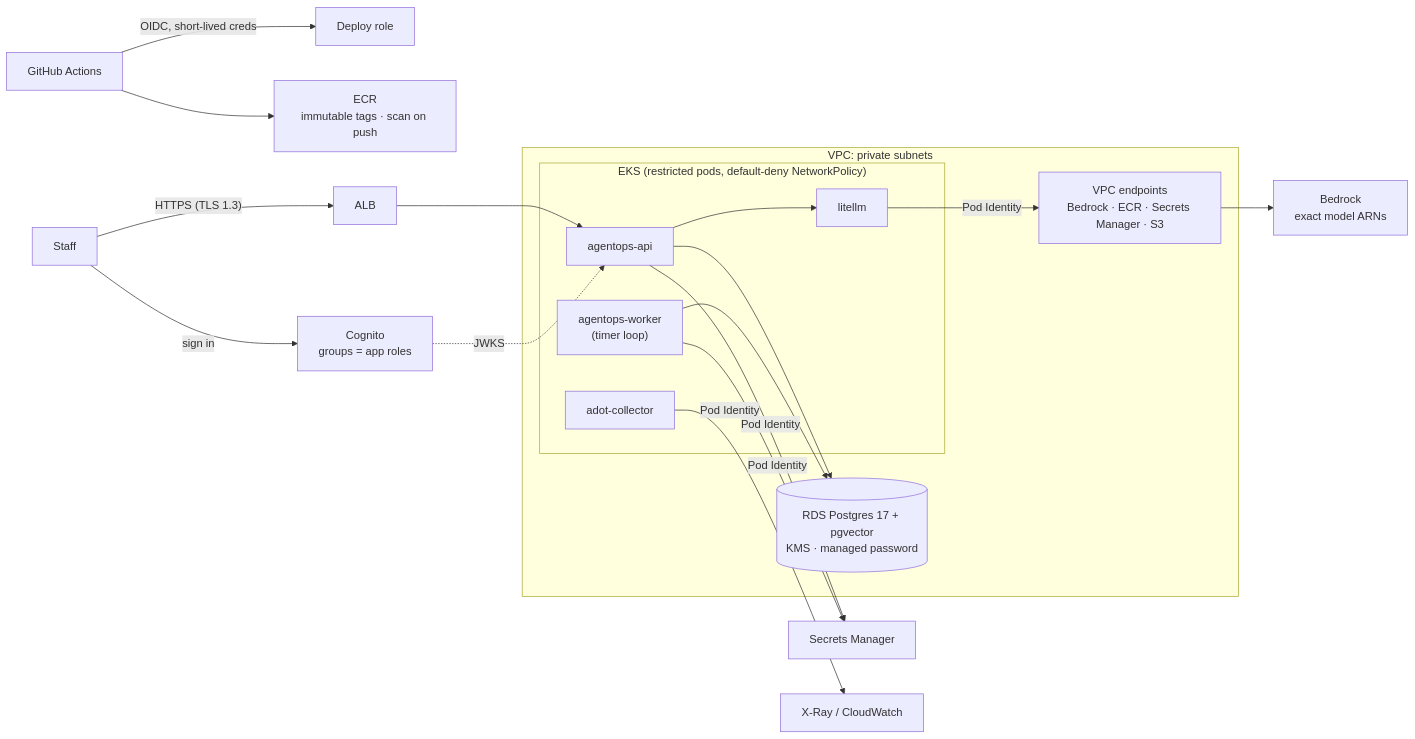
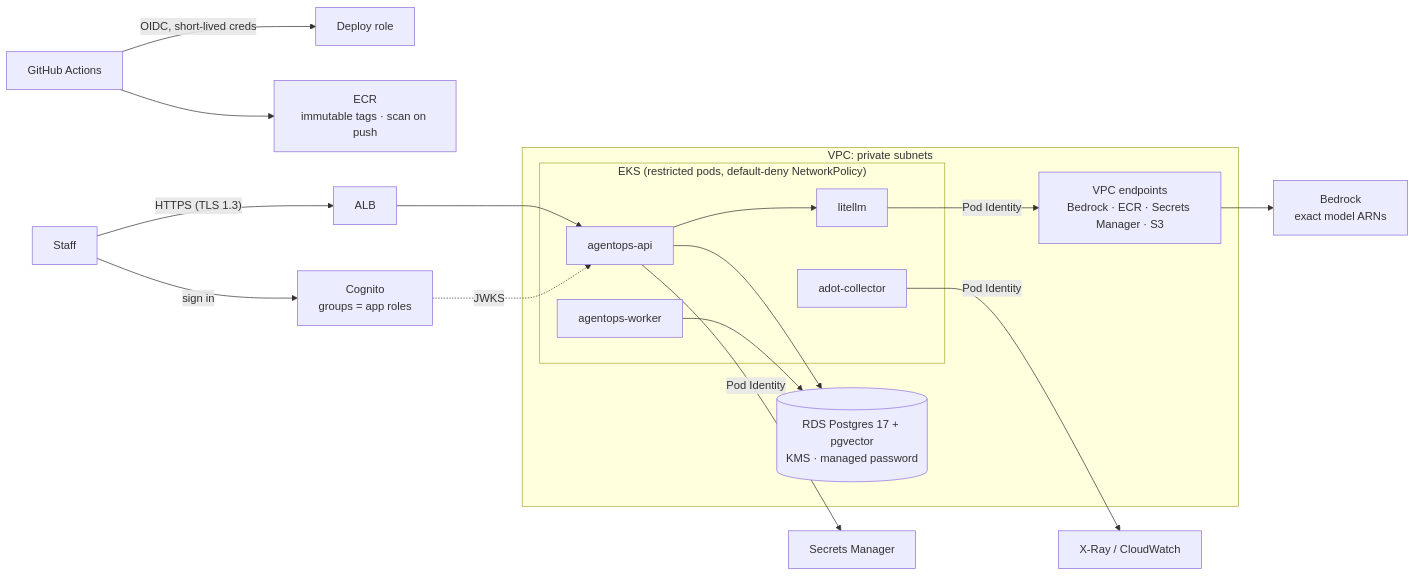
Before and after one commit to madhy-git/agentops-platform: the second of 2 diagrams in README.md, drawn with Mermaid. The commit also changed other lines of this file, not shown here.

````diff
--- a/README.md
+++ b/README.md
@@ -103,28 +195,27 @@
 ```mermaid
 flowchart LR
     GH["GitHub Actions"] -- "OIDC, short-lived creds" --> ROLE["Deploy role"]
     GH --> ECR["ECR<br/>immutable tags · scan on push"]
     USER["Staff"] -- "sign in" --> COG["Cognito<br/>groups = app roles"]
     USER -- "HTTPS (TLS 1.3)" --> ALB["ALB"]
 
     subgraph VPC["VPC: private subnets"]
         subgraph EKS["EKS (restricted pods, default-deny NetworkPolicy)"]
             APIP["agentops-api"]
-            WKP["agentops-worker<br/>(timer loop)"]
+            WKP["agentops-worker"]
             LLMP["litellm"]
             ADOT["adot-collector"]
         end
         RDS[("RDS Postgres 17 + pgvector<br/>KMS · managed password")]
         VPCE["VPC endpoints<br/>Bedrock · ECR · Secrets Manager · S3"]
     end
 
     ALB --> APIP
     APIP --> LLMP
     APIP --> RDS
     WKP --> RDS
     LLMP -- "Pod Identity" --> VPCE --> BR["Bedrock<br/>exact model ARNs"]
     APIP -- "Pod Identity" --> SM["Secrets Manager"]
-    WKP -- "Pod Identity" --> SM
     ADOT -- "Pod Identity" --> XR["X-Ray / CloudWatch"]
     COG -. "JWKS" .-> APIP
 ```
````
